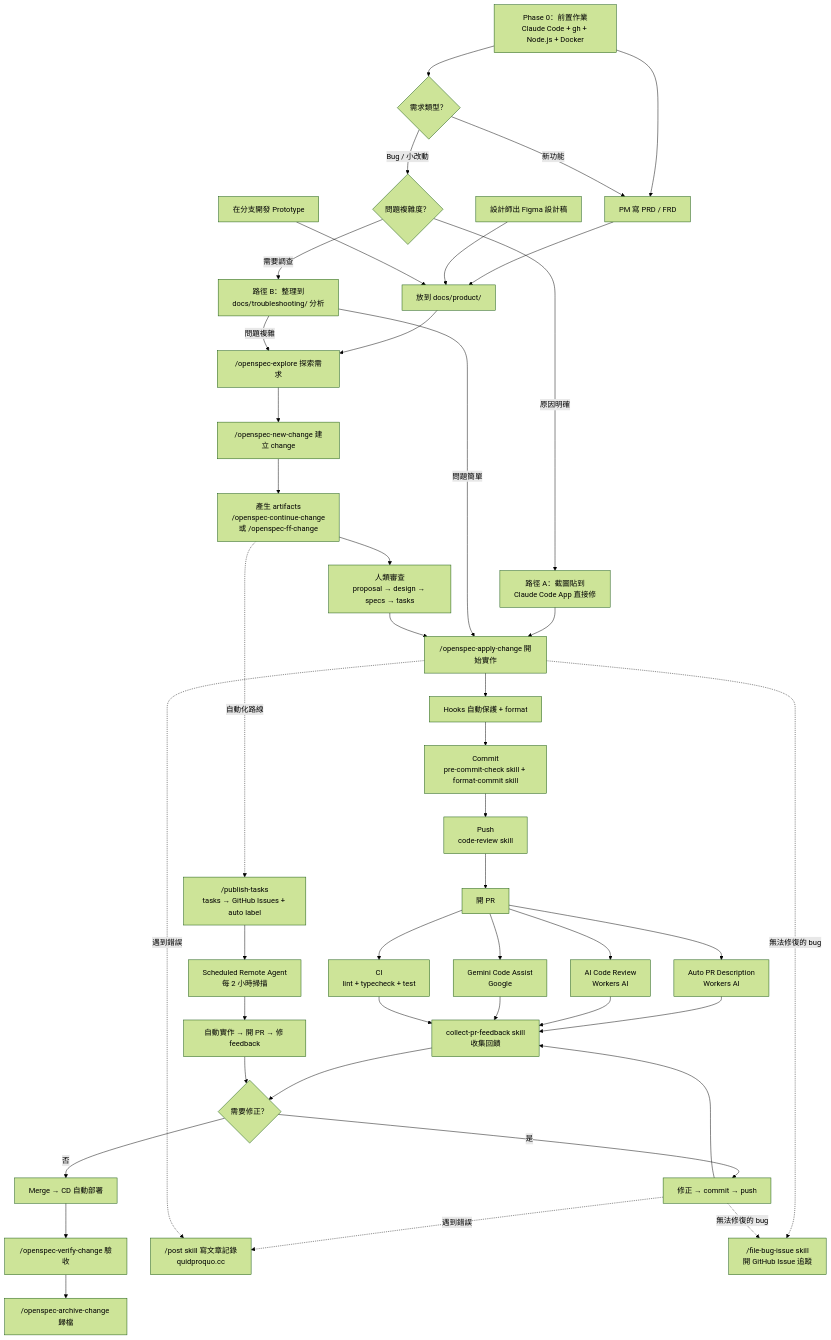
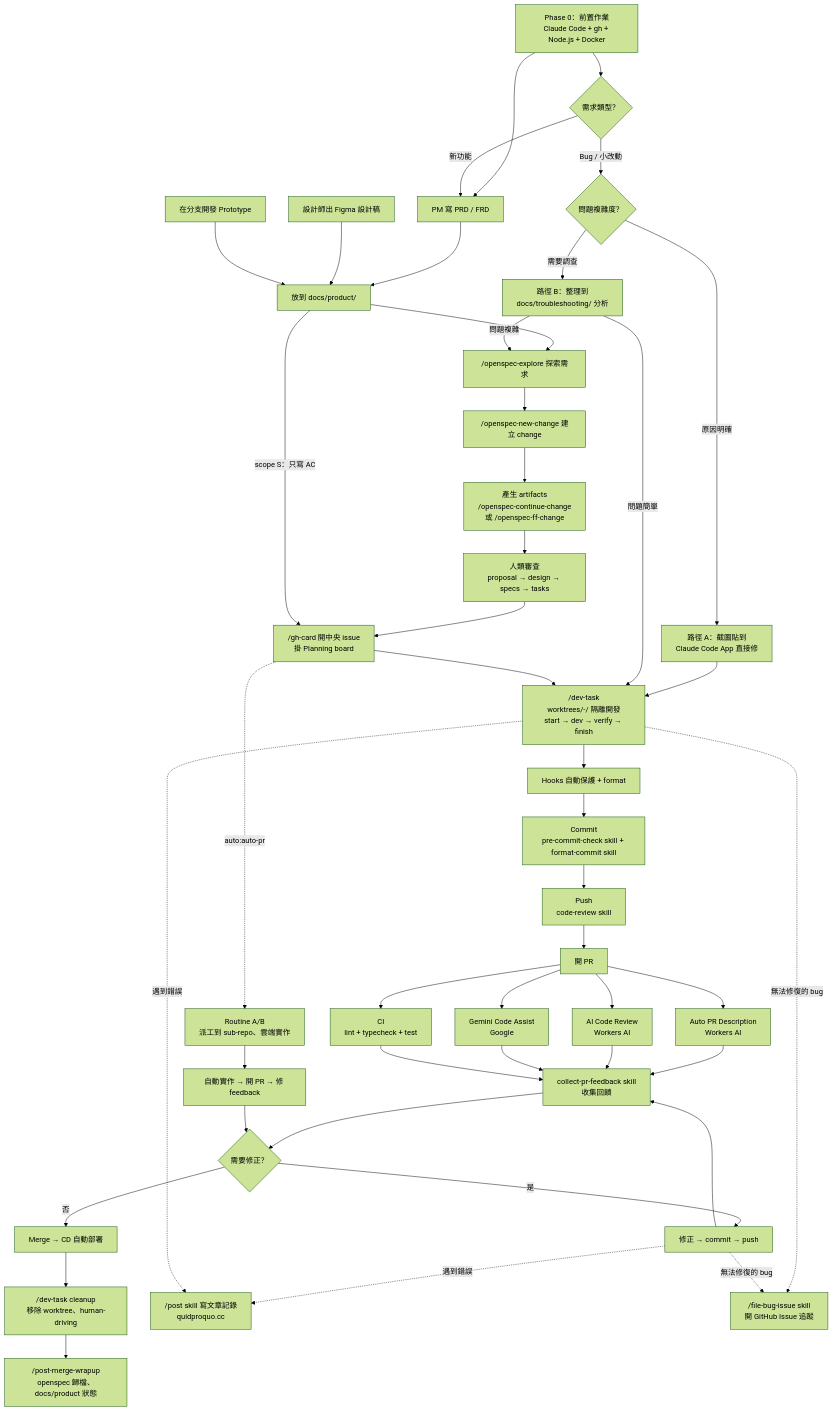
The diagram in docs/workflow.md (daodaoedu/daodao), drawn with Mermaid (forest theme) before and after one commit. The commit also changed other lines of this file and 3 other files, not shown here.

First line of the commit message:
docs(workflow): 重寫 Phase 1–3、8–9——規格層級判定、gh-card 開卡、dev-task 隔離開發、Routine A/B/C 取代 Remote Agent

````diff
--- a/docs/workflow.md
+++ b/docs/workflow.md
@@ -19,48 +19,49 @@
 ```mermaid
 flowchart TD
     A0["Phase 0：前置作業<br/>Claude Code + gh + Node.js + Docker"] --> A1
     A0 --> BUG{"需求類型？"}
 
     BUG -- "新功能" --> A1
     A1[PM 寫 PRD / FRD] --> A4[放到 docs/product/]
     A2[設計師出 Figma 設計稿] --> A4
     A3[在分支開發 Prototype] --> A4
     A4 --> B["/openspec-explore 探索需求"]
 
     BUG -- "Bug / 小改動" --> BUGPATH{"問題複雜度？"}
     BUGPATH -- "原因明確" --> BUGA["路徑 A：截圖貼到<br/>Claude Code App 直接修"]
     BUGA --> F
     BUGPATH -- "需要調查" --> BUGB["路徑 B：整理到<br/>docs/troubleshooting/ 分析"]
     BUGB -- "問題簡單" --> F
     BUGB -- "問題複雜" --> B
     B --> C["/openspec-new-change 建立 change"]
     C --> D["產生 artifacts<br/>/openspec-continue-change<br/>或 /openspec-ff-change"]
     D --> E["人類審查<br/>proposal → design → specs → tasks"]
-    E --> F["/openspec-apply-change 開始實作"]
+    E --> E2["/gh-card 開中央 issue<br/>掛 Planning board"]
+    A4 -- "scope S：只寫 AC" --> E2
+    E2 --> F["/dev-task<br/>worktrees/<n>-<slug>/ 隔離開發<br/>start → dev → verify → finish"]
     F --> G["Hooks 自動保護 + format"]
     G --> H["Commit<br/>pre-commit-check skill + format-commit skill"]
     H --> I["Push<br/>code-review skill"]
     I --> J[開 PR]
 
     J --> K["Auto PR Description<br/>Workers AI"]
     J --> L["AI Code Review<br/>Workers AI"]
     J --> M["Gemini Code Assist<br/>Google"]
     J --> N["CI<br/>lint + typecheck + test"]
 
     K & L & M & N --> O["collect-pr-feedback skill<br/>收集回饋"]
     O --> P{需要修正？}
     P -- 是 --> Q[修正 → commit → push] --> O
     P -- 否 --> R[Merge → CD 自動部署]
-    R --> S["/openspec-verify-change 驗收"]
-    S --> T["/openspec-archive-change 歸檔"]
+    R --> S["/dev-task cleanup<br/>移除 worktree、human-driving"]
+    S --> T["/post-merge-wrapup<br/>openspec 歸檔、docs/product 狀態"]
 
     Q -. 遇到錯誤 .-> U["/post skill 寫文章記錄<br/>quidproquo.cc"]
     F -. 遇到錯誤 .-> U
     F -. 無法修復的 bug .-> Y["/file-bug-issue skill<br/>開 GitHub Issue 追蹤"]
     Q -. 無法修復的 bug .-> Y
 
-    D -. 自動化路線 .-> V["/publish-tasks<br/>tasks → GitHub Issues + auto label"]
-    V --> W["Scheduled Remote Agent<br/>每 2 小時掃描"]
+    E2 -. "auto:auto-pr" .-> W["Routine A/B<br/>派工到 sub-repo、雲端實作"]
     W --> X["自動實作 → 開 PR → 修 feedback"]
     X --> P
 ```
````
